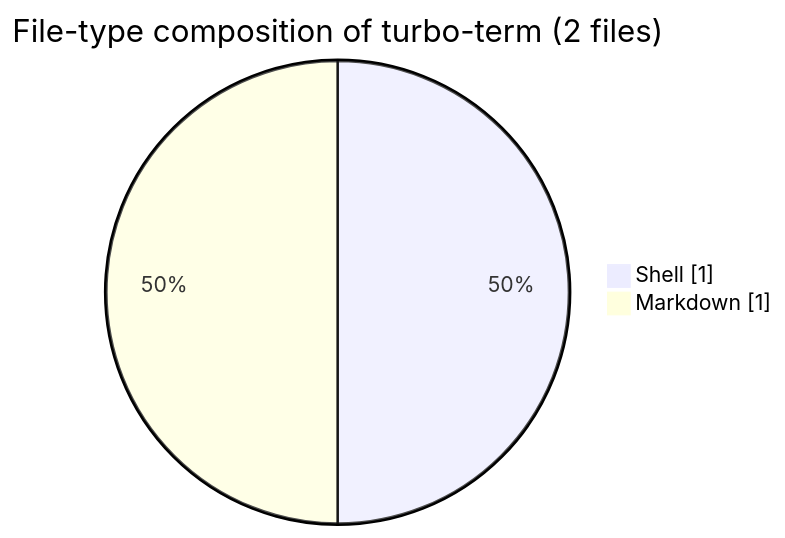
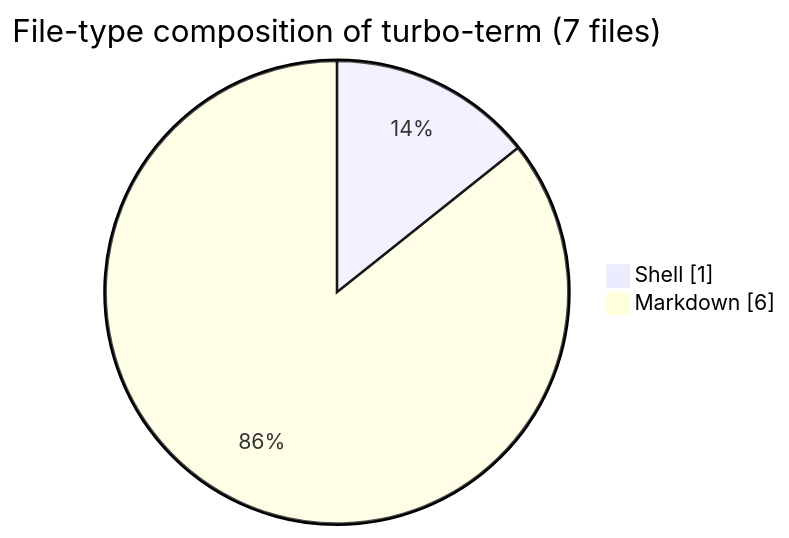
One commit to ml-lubich/turbo-term changed the fifth of 5 diagrams in README.md. Above: the diagram before and after it, drawn with Mermaid. The commit also changed other lines of this file and 6 other files, not shown here.

````diff
--- a/README.md
+++ b/README.md
@@ -141,5 +158,5 @@
 ```mermaid
-pie showData title File-type composition of turbo-term (2 files)
+pie showData title File-type composition of turbo-term (7 files)
     "Shell" : 1
-    "Markdown" : 1
+    "Markdown" : 6
 ```
````
